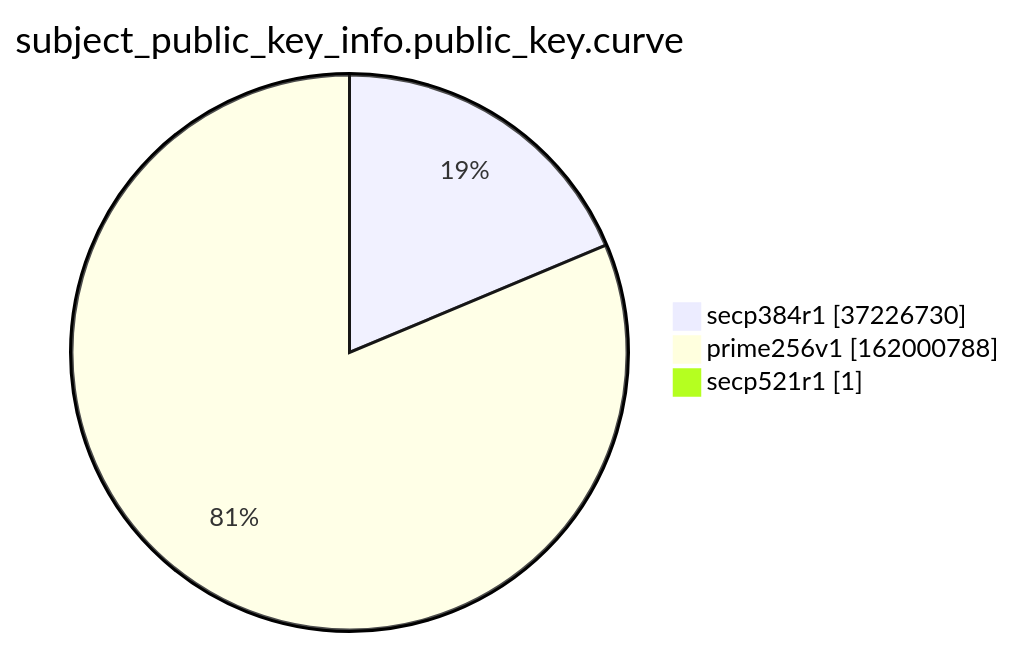
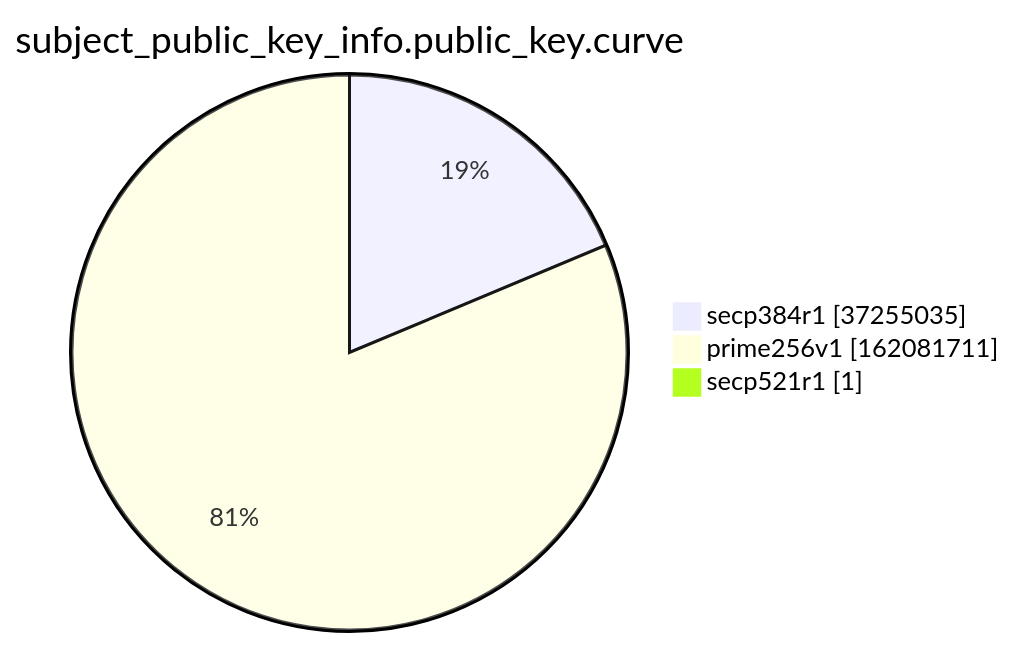
The ninth of 15 diagrams in argon2022/README.md (christiankrug/ctmonitor_visualization), drawn with Mermaid before and after one commit. The commit also changed other lines of this file, not shown here.

````diff
--- a/argon2022/README.md
+++ b/argon2022/README.md
@@ -2766,7 +2766,7 @@
 ```mermaid
 pie showData
 title subject_public_key_info.public_key.curve
-"secp384r1" :37226730
-"prime256v1" :162000788
+"secp384r1" :37255035
+"prime256v1" :162081711
 "secp521r1" :1
 ```
````
